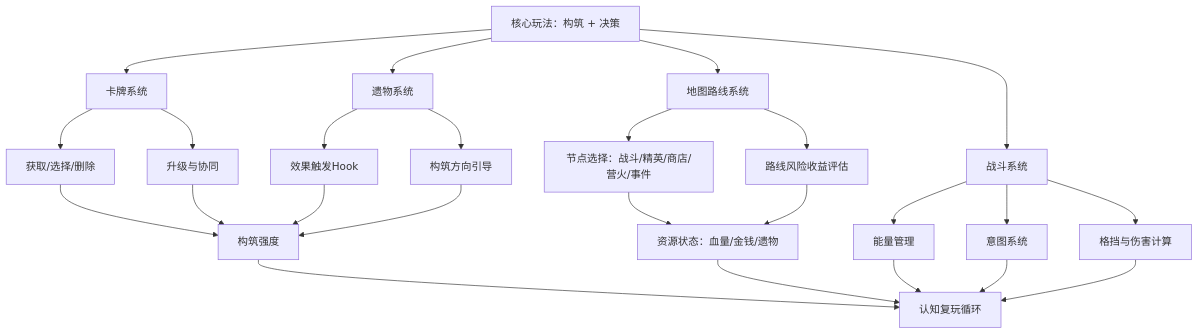
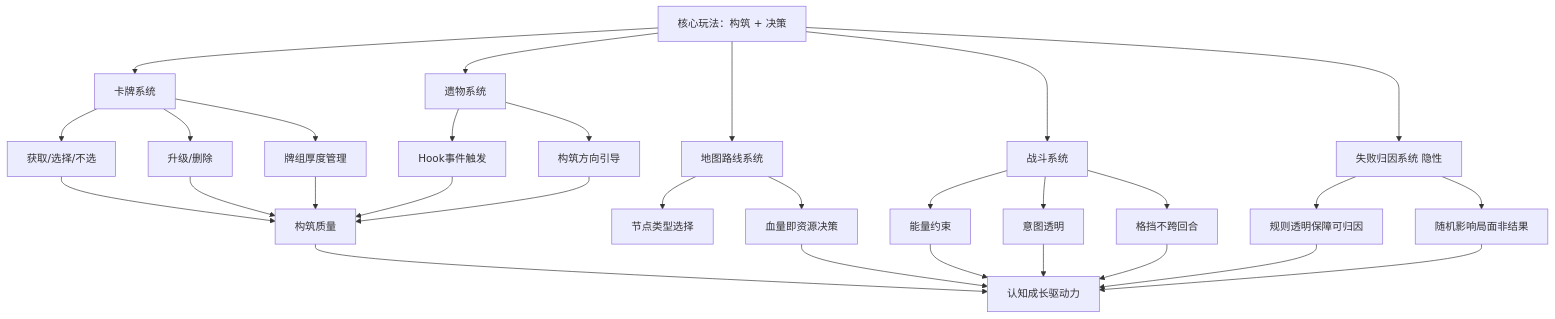
Before and after one commit to hongyesuifeng/readbooks: the diagram in games/rpg/杀戮尖塔2/杀戮尖塔2.md, drawn with Mermaid. The commit also changed other lines of this file and 15 other files, not shown here.

````diff
--- a/games/rpg/杀戮尖塔2/杀戮尖塔2.md
+++ b/games/rpg/杀戮尖塔2/杀戮尖塔2.md
@@ -52,22 +52,27 @@
 ```mermaid
 graph TD
     A[核心玩法：构筑 + 决策] --> B[卡牌系统]
     A --> C[遗物系统]
     A --> D[地图路线系统]
     A --> E[战斗系统]
+    A --> F[失败归因系统 隐性]
 
-    B --> B1[获取/选择/删除]
-    B --> B2[升级与协同]
-    C --> C1[效果触发Hook]
+    B --> B1[获取/选择/不选]
+    B --> B2[升级/删除]
+    B --> B3[牌组厚度管理]
+    C --> C1[Hook事件触发]
     C --> C2[构筑方向引导]
-    D --> D1[节点选择：战斗/精英/商店/营火/事件]
-    D --> D2[路线风险收益评估]
-    E --> E1[能量管理]
-    E --> E2[意图系统]
-    E --> E3[格挡与伤害计算]
+    D --> D1[节点类型选择]
+    D --> D2[血量即资源决策]
+    E --> E1[能量约束]
+    E --> E2[意图透明]
+    E --> E3[格挡不跨回合]
+    F --> F1[规则透明保障可归因]
+    F --> F2[随机影响局面非结果]
 
-    B1 & B2 & C1 & C2 --> F[构筑强度]
-    D1 & D2 --> G[资源状态：血量/金钱/遗物]
-    F & G --> H[认知复玩循环]
+    B1 & B2 & B3 --> G[构筑质量]
+    C1 & C2 --> G
+    G & D2 --> H[认知成长驱动力]
     E1 & E2 & E3 --> H
+    F1 & F2 --> H
 ```
````
